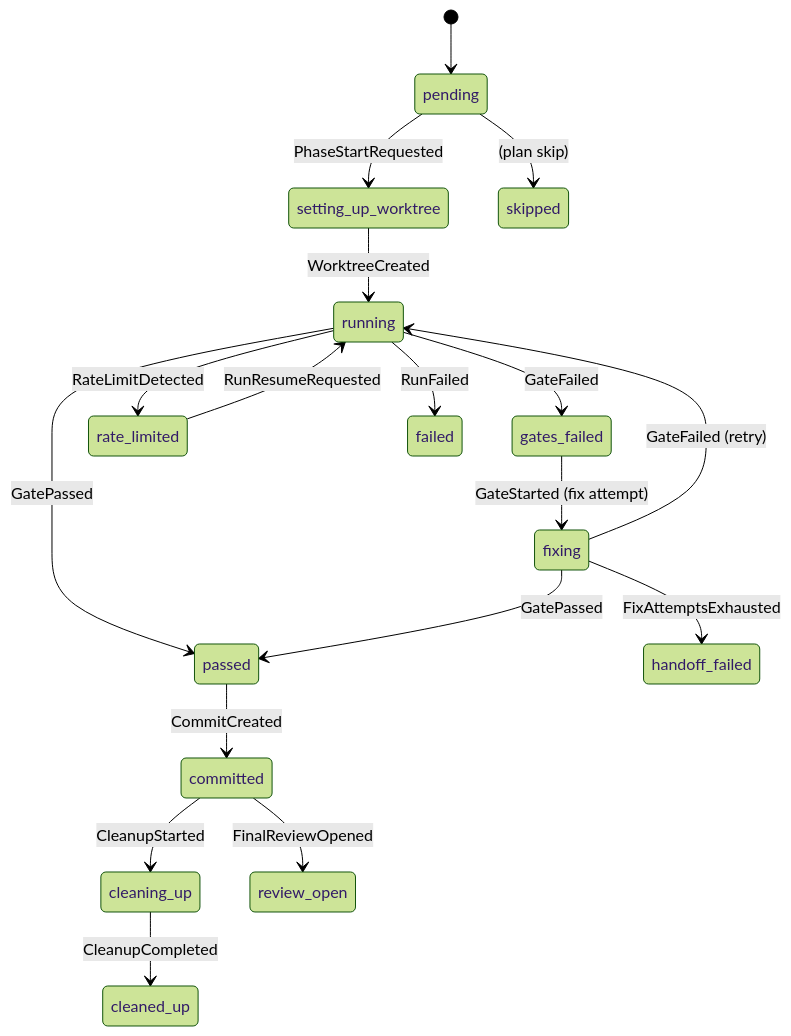
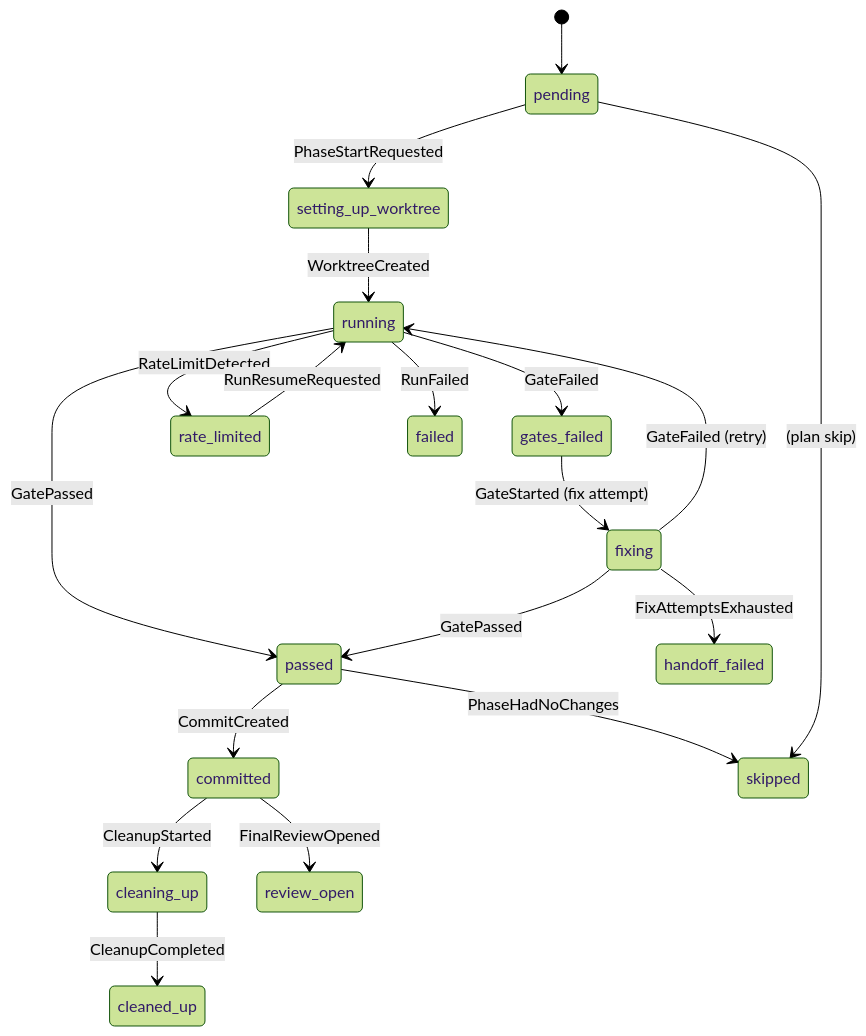
The second of 2 diagrams in docs/state-machine.md (lbdremy/phax), drawn with Mermaid (forest theme) before and after one commit. The commit also changed other lines of this file and 2 other files, not shown here.

First line of the commit message:
docs(lifecycle): align state machine and README with new cleanup/archive flow

````diff
--- a/docs/state-machine.md
+++ b/docs/state-machine.md
@@ -86,20 +86,21 @@
 ```mermaid
 stateDiagram-v2
     [*] --> pending
     pending --> setting_up_worktree : PhaseStartRequested
     setting_up_worktree --> running : WorktreeCreated
     running --> gates_failed : GateFailed
     running --> passed : GatePassed
     running --> rate_limited : RateLimitDetected
     gates_failed --> fixing : GateStarted (fix attempt)
     fixing --> running : GateFailed (retry)
     fixing --> passed : GatePassed
     fixing --> handoff_failed : FixAttemptsExhausted
     passed --> committed : CommitCreated
+    passed --> skipped : PhaseHadNoChanges
     committed --> cleaning_up : CleanupStarted
     committed --> review_open : FinalReviewOpened
     cleaning_up --> cleaned_up : CleanupCompleted
     rate_limited --> running : RunResumeRequested
     pending --> skipped : (plan skip)
     running --> failed : RunFailed
 ```
````
